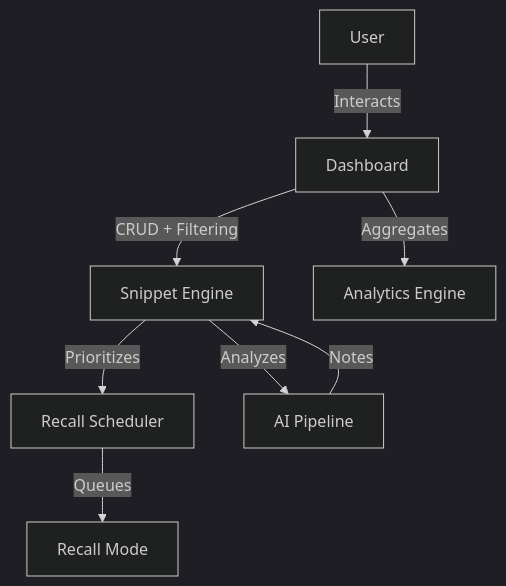
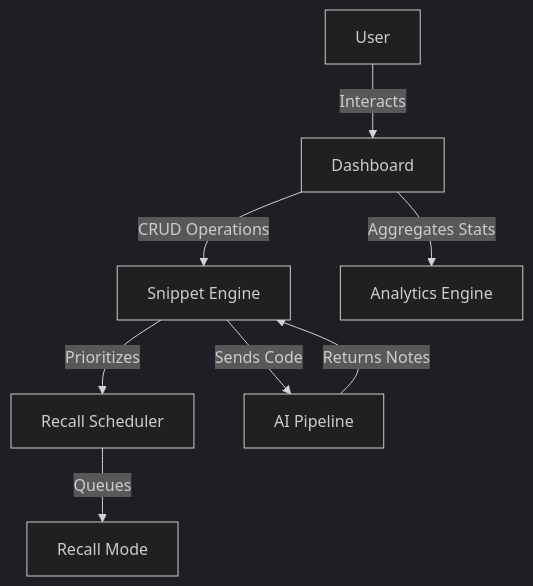
One commit to DeeKush/Code-Recall changed the diagram in README.md. Above: the diagram before and after it, drawn with Mermaid (dark theme). The commit also changed other lines of this file, not shown here.

````diff
--- a/README.md
+++ b/README.md
@@ -128,10 +115,10 @@
 ```mermaid
 graph TD
     A[User] -->|Interacts| B[Dashboard]
-    B -->|CRUD + Filtering| C[Snippet Engine]
+    B -->|CRUD Operations| C[Snippet Engine]
     C -->|Prioritizes| D[Recall Scheduler]
     D -->|Queues| E[Recall Mode]
-    B -->|Aggregates| F[Analytics Engine]
-    C -->|Analyzes| G[AI Pipeline]
-    G -->|Notes| C
+    B -->|Aggregates Stats| F[Analytics Engine]
+    C -->|Sends Code| G[AI Pipeline]
+    G -->|Returns Notes| C
 ```
````
